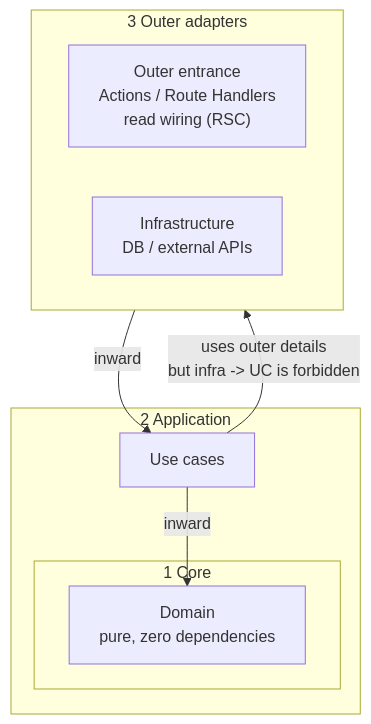
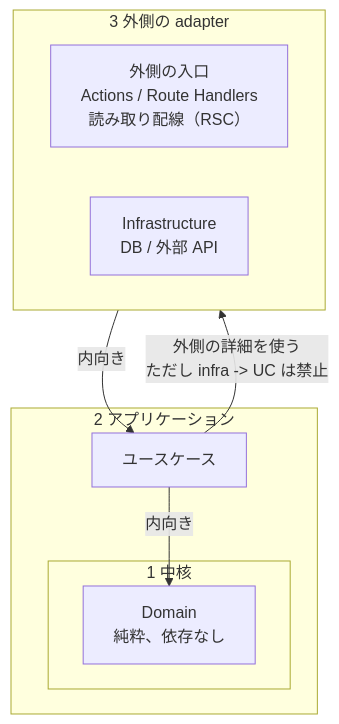
One commit to tsay-dev/harness changed the diagram in packages/rules-next/.apm/instructions/backend-coding.instructions.md. Above: the diagram before and after it, drawn with Mermaid. The commit also changed other lines of this file and 137 other files, not shown here.

````diff
--- a/packages/rules-next/.apm/instructions/backend-coding.instructions.md
+++ b/packages/rules-next/.apm/instructions/backend-coding.instructions.md
@@ -106,19 +106,19 @@
 ```mermaid
 flowchart TB
-  subgraph outer ["3 Outer adapters"]
+  subgraph outer ["3 外側の adapter"]
     direction LR
-    C["Outer entrance<br/>Actions / Route Handlers<br/>read wiring (RSC)"]
-    I["Infrastructure<br/>DB / external APIs"]
+    C["外側の入口<br/>Actions / Route Handlers<br/>読み取り配線（RSC）"]
+    I["Infrastructure<br/>DB / 外部 API"]
   end
 
-  subgraph app ["2 Application"]
-    UC["Use cases"]
-    subgraph core ["1 Core"]
-      D["Domain<br/>pure, zero dependencies"]
+  subgraph app ["2 アプリケーション"]
+    UC["ユースケース"]
+    subgraph core ["1 中核"]
+      D["Domain<br/>純粋、依存なし"]
     end
   end
 
-  C -->|inward| UC
-  UC -->|inward| D
-  UC -->|uses outer details<br/>but infra -> UC is forbidden| I
+  C -->|内向き| UC
+  UC -->|内向き| D
+  UC -->|外側の詳細を使う<br/>ただし infra -> UC は禁止| I
 ```
````
